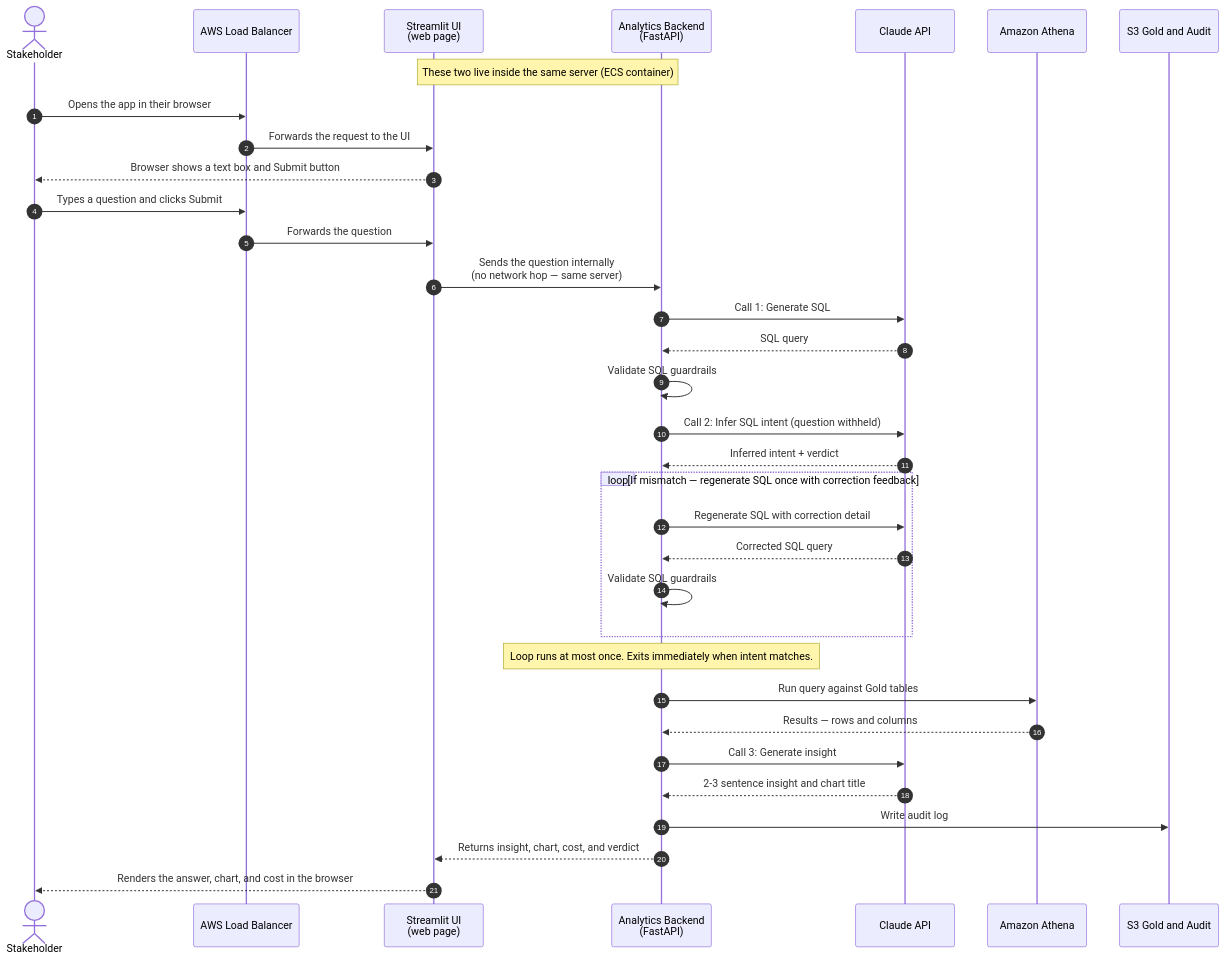
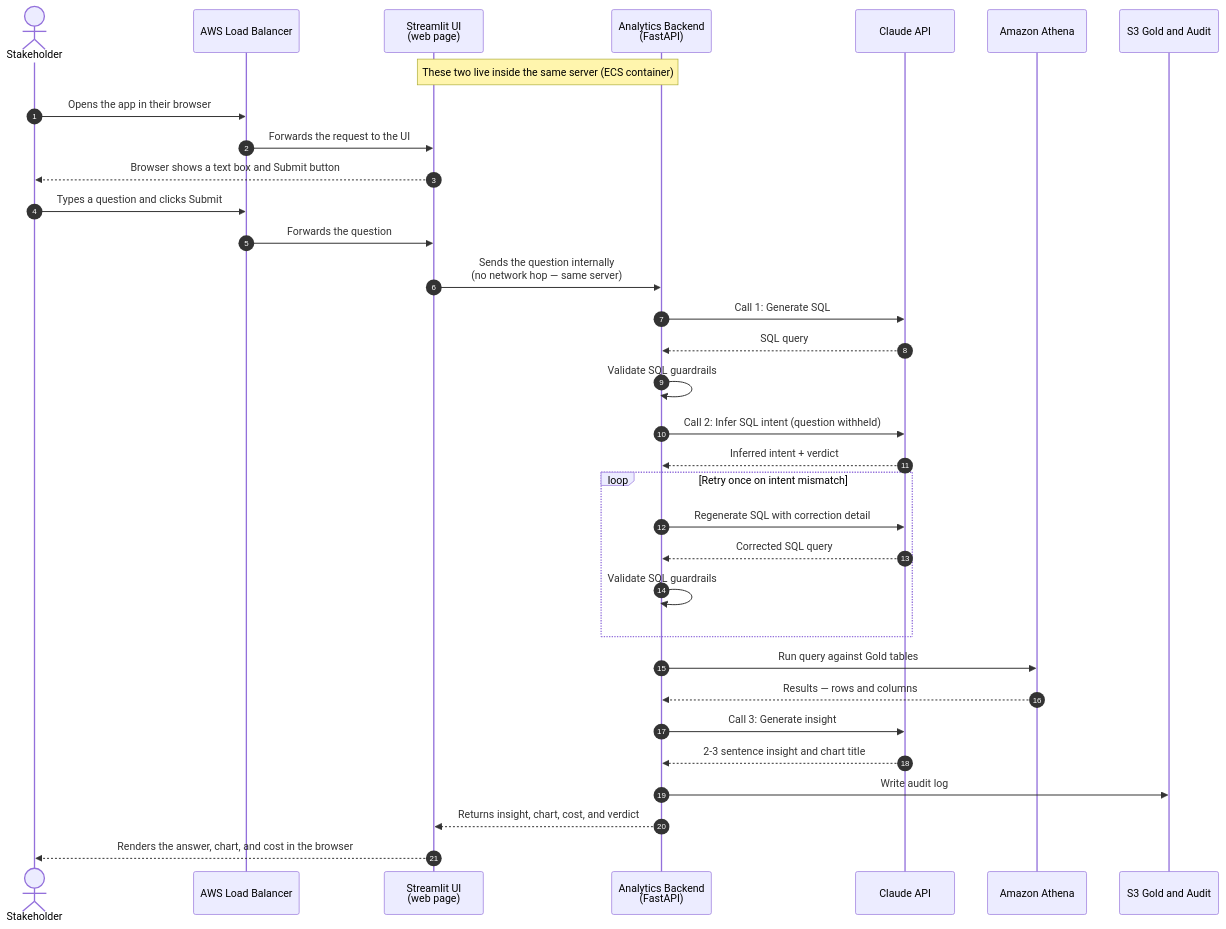
The second of 3 diagrams in README.md (enterprise-data-platform-emeka/platform-analytics-agent), drawn with Mermaid before and after one commit.

Commit message:
Docs: shorten loop label in sequence diagram for cleaner render

````diff
--- a/README.md
+++ b/README.md
@@ -149,39 +149,38 @@
 ```mermaid
 sequenceDiagram
     autonumber
     actor S as Stakeholder
     participant ALB as AWS Load Balancer
     participant UI as Streamlit UI<br/>(web page)
     participant API as Analytics Backend<br/>(FastAPI)
     participant CL as Claude API
     participant ATH as Amazon Athena
     participant S3 as S3 Gold and Audit
 
     note over UI,API: These two live inside the same server (ECS container)
 
     S->>ALB: Opens the app in their browser
     ALB->>UI: Forwards the request to the UI
     UI-->>S: Browser shows a text box and Submit button
 
     S->>ALB: Types a question and clicks Submit
     ALB->>UI: Forwards the question
     UI->>API: Sends the question internally<br/>(no network hop — same server)
     API->>CL: Call 1: Generate SQL
     CL-->>API: SQL query
     API->>API: Validate SQL guardrails
     API->>CL: Call 2: Infer SQL intent (question withheld)
     CL-->>API: Inferred intent + verdict
-    loop If mismatch — regenerate SQL once with correction feedback
+    loop Retry once on intent mismatch
         API->>CL: Regenerate SQL with correction detail
         CL-->>API: Corrected SQL query
         API->>API: Validate SQL guardrails
     end
-    note over API: Loop runs at most once. Exits immediately when intent matches.
     API->>ATH: Run query against Gold tables
     ATH-->>API: Results — rows and columns
     API->>CL: Call 3: Generate insight
     CL-->>API: 2-3 sentence insight and chart title
     API->>S3: Write audit log
     API-->>UI: Returns insight, chart, cost, and verdict
     UI-->>S: Renders the answer, chart, and cost in the browser
 ```
````
